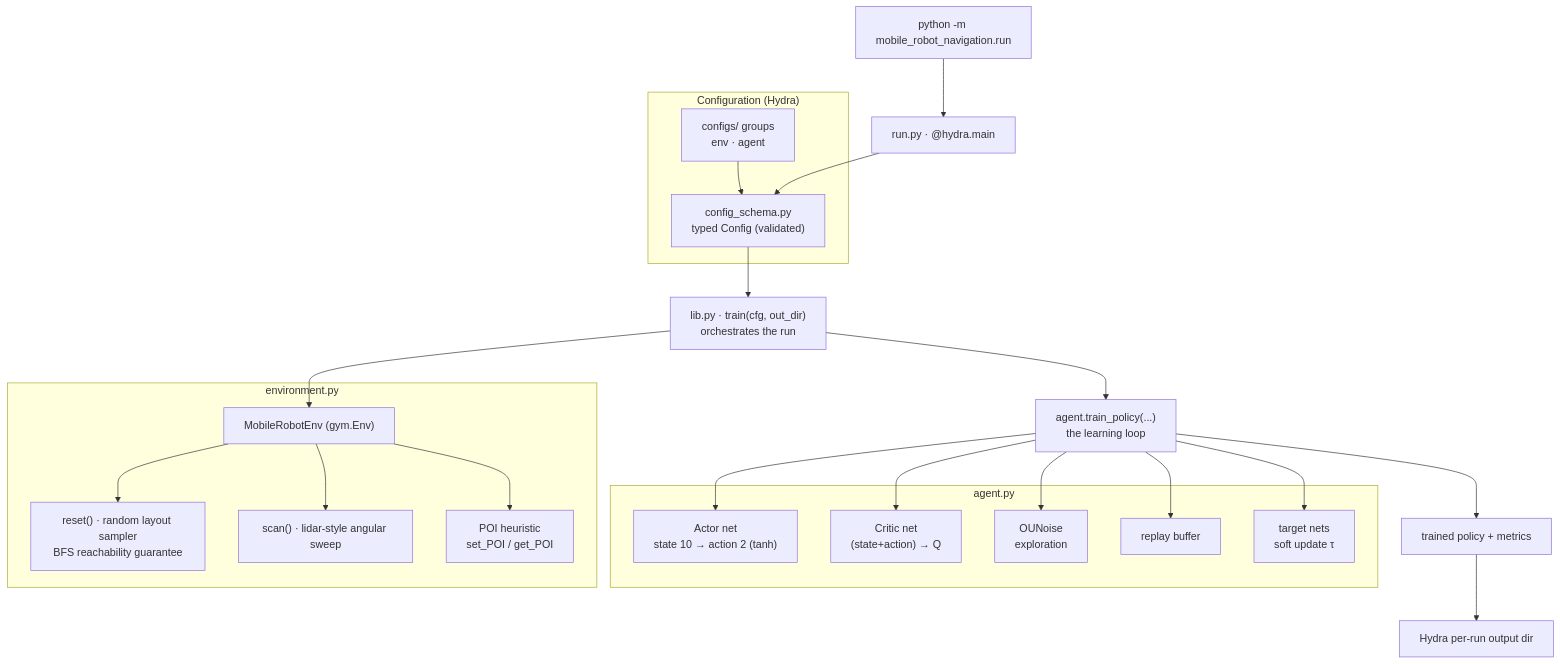
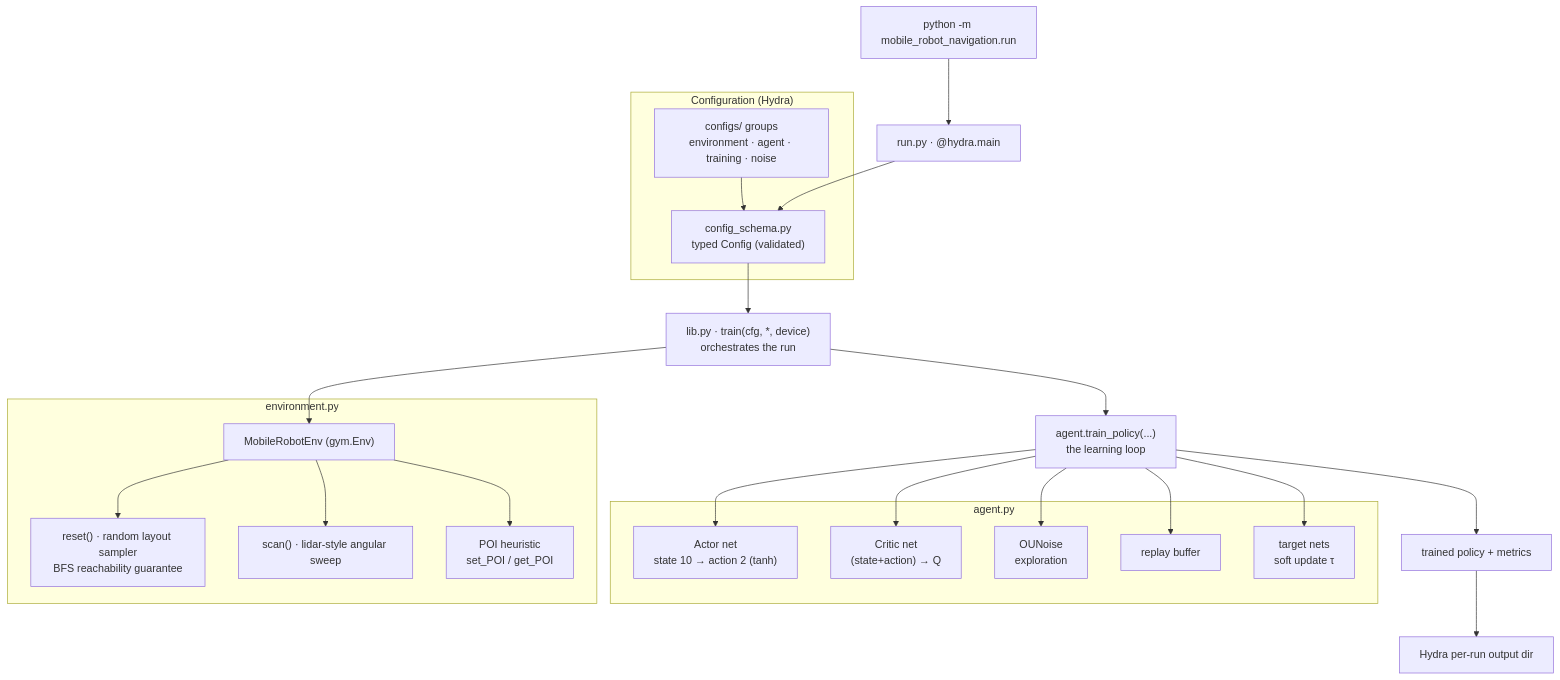
Before and after one commit to nikswir/mobile-robot-navigation: the diagram in docs/architecture.md, drawn with Mermaid. The commit also changed other lines of this file and 39 other files, not shown here.

````diff
--- a/docs/architecture.md
+++ b/docs/architecture.md
@@ -8,41 +8,41 @@
 ```mermaid
 graph TD
     CLI["python -m mobile_robot_navigation.run"] --> MAIN["run.py · @hydra.main"]
 
     subgraph Config["Configuration (Hydra)"]
-        GROUPS["configs/ groups<br/>env · agent"]
+        GROUPS["configs/ groups<br/>environment · agent · training · noise"]
         SCHEMA["config_schema.py<br/>typed Config (validated)"]
         GROUPS --> SCHEMA
     end
 
     MAIN --> SCHEMA
-    SCHEMA --> TRAIN["lib.py · train(cfg, out_dir)<br/>orchestrates the run"]
+    SCHEMA --> TRAIN["lib.py · train(cfg, *, device)<br/>orchestrates the run"]
 
     subgraph Env["environment.py"]
         ENV["MobileRobotEnv (gym.Env)"]
         LAYOUT["reset() · random layout sampler<br/>BFS reachability guarantee"]
         SCAN["scan() · lidar-style angular sweep"]
         POI["POI heuristic<br/>set_POI / get_POI"]
         ENV --> LAYOUT
         ENV --> SCAN
         ENV --> POI
     end
 
     subgraph Agent["agent.py"]
         ACTOR["Actor net<br/>state 10 → action 2 (tanh)"]
         CRITIC["Critic net<br/>(state+action) → Q"]
         NOISE["OUNoise<br/>exploration"]
         BUFFER["replay buffer"]
         TARGETS["target nets<br/>soft update τ"]
     end
 
     TRAIN --> ENV
     TRAIN --> POLICY["agent.train_policy(...)<br/>the learning loop"]
     POLICY --> ACTOR
     POLICY --> CRITIC
     POLICY --> NOISE
     POLICY --> BUFFER
     POLICY --> TARGETS
     POLICY --> RESULT["trained policy + metrics"]
     RESULT --> OUT["Hydra per-run output dir"]
 ```
````
